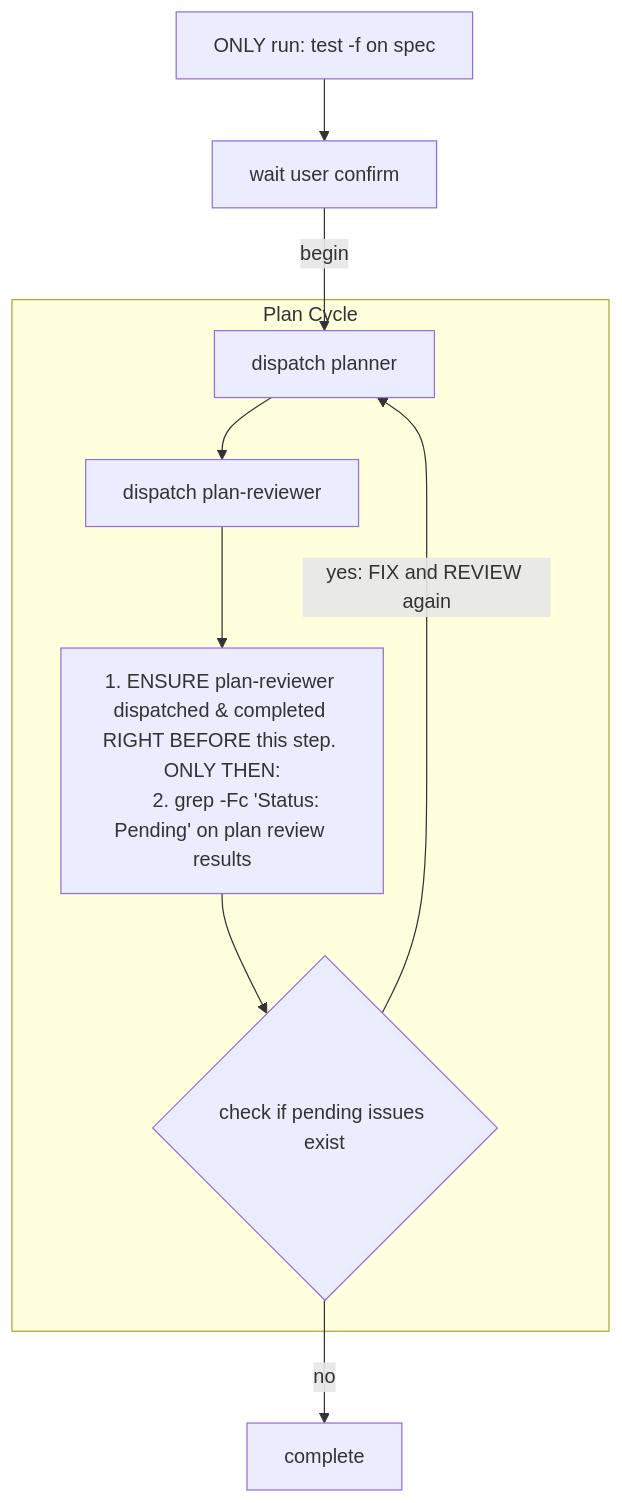
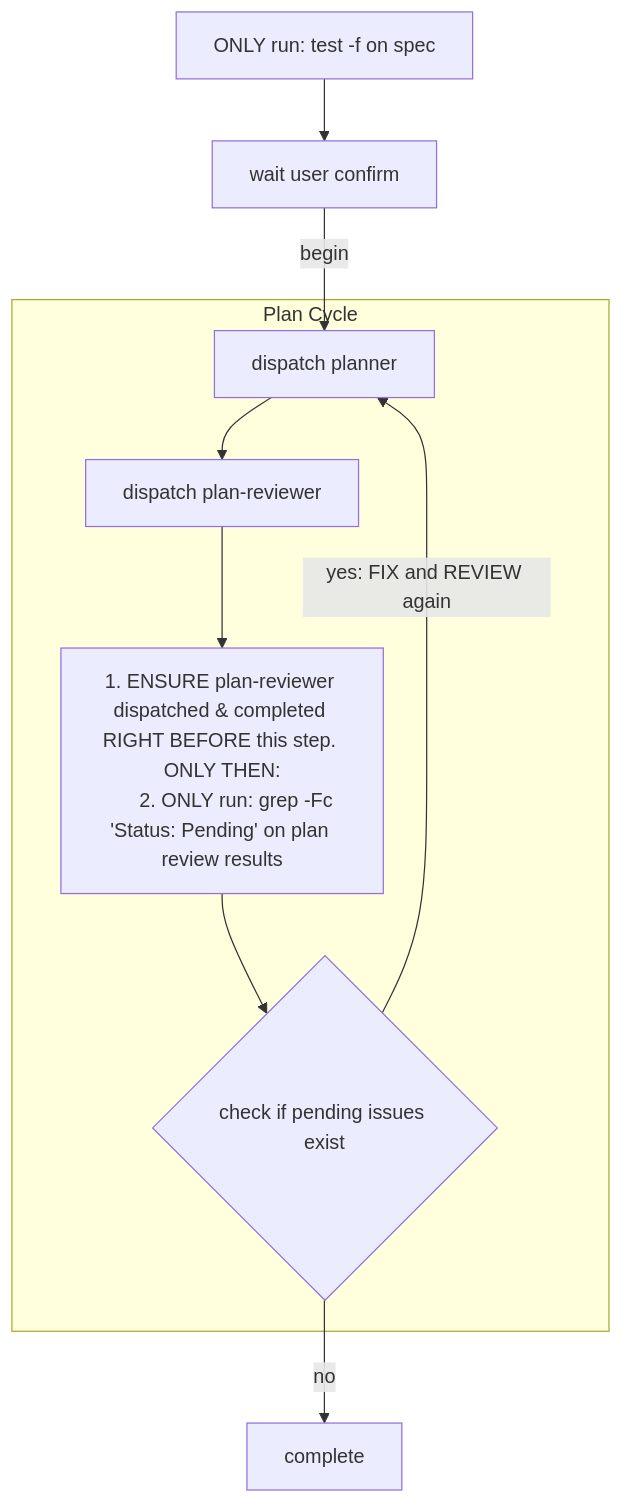
One commit to abadcafe/superteam changed the diagram in skills/planning/SKILL.md. Above: the diagram before and after it, drawn with Mermaid. The commit also changed other lines of this file and 6 other files, not shown here.

````diff
--- a/skills/planning/SKILL.md
+++ b/skills/planning/SKILL.md
@@ -41,25 +41,25 @@
 ```mermaid
 flowchart TD
   check_spec_exists["ONLY run: test -f on spec"]
   wait_user_confirm["wait user confirm"]
   complete["complete"]
 
   subgraph plan_cycle["Plan Cycle"]
     dispatch_planner["dispatch planner"]
     dispatch_plan_reviewer["dispatch plan-reviewer"]
     count_pending_issues["
       1. ENSURE plan-reviewer dispatched & completed RIGHT BEFORE this step. ONLY THEN:
-      2. grep -Fc 'Status: Pending' on plan review results
+      2. ONLY run: grep -Fc 'Status: Pending' on plan review results
     "]
     check_pending_issues_exist{"check if pending issues exist"}
 
     dispatch_planner --> dispatch_plan_reviewer
     dispatch_plan_reviewer --> count_pending_issues
     count_pending_issues --> check_pending_issues_exist
     check_pending_issues_exist -->|"yes: FIX and REVIEW again"| dispatch_planner
   end
 
   check_spec_exists --> wait_user_confirm
   wait_user_confirm -->|"begin"| dispatch_planner
   check_pending_issues_exist -->|"no"| complete
 ```
````
